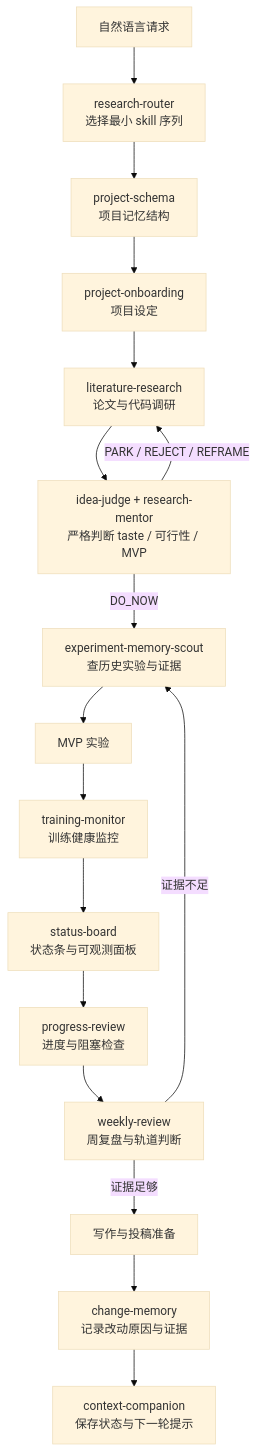
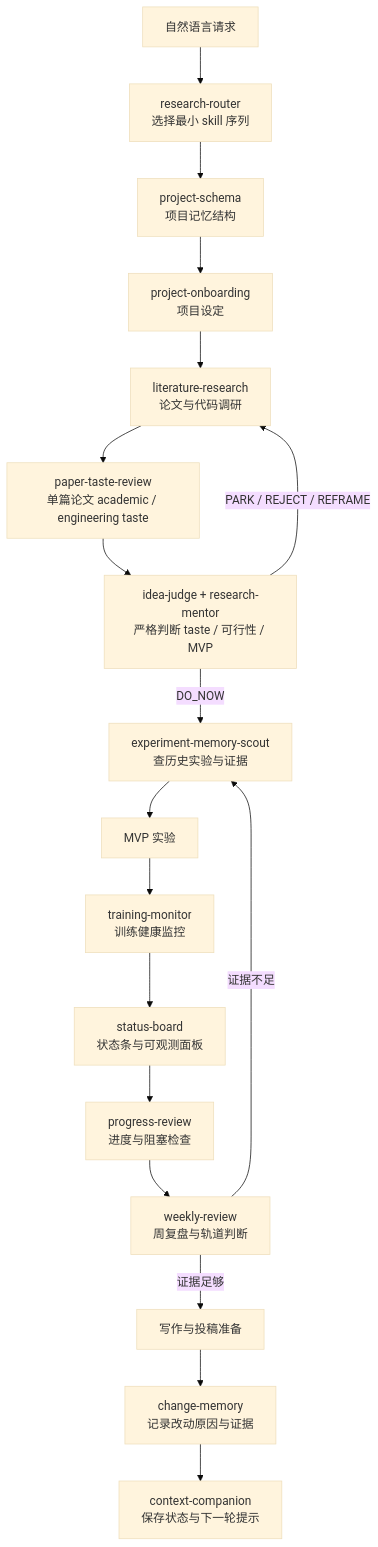
One commit to zengleilei123/ai-research-companion-codex-plugin changed the first of 2 diagrams in README.md. Above: the diagram before and after it, drawn with Mermaid (base theme). The commit also changed other lines of this file and 10 other files, not shown here.

Commit message:
feat: add paper taste review skill

````diff
--- a/README.md
+++ b/README.md
@@ -28,19 +29,20 @@
 ```mermaid
 flowchart TD
     A["自然语言请求"] --> R["research-router<br/>选择最小 skill 序列"]
     R --> S["project-schema<br/>项目记忆结构"]
     S --> B["project-onboarding<br/>项目设定"]
     B --> C["literature-research<br/>论文与代码调研"]
-    C --> D["idea-judge + research-mentor<br/>严格判断 taste / 可行性 / MVP"]
+    C --> P["paper-taste-review<br/>单篇论文 academic / engineering taste"]
+    P --> D["idea-judge + research-mentor<br/>严格判断 taste / 可行性 / MVP"]
     D -->|"DO_NOW"| E["experiment-memory-scout<br/>查历史实验与证据"]
     D -->|"PARK / REJECT / REFRAME"| C
     E --> F["MVP 实验"]
     F --> G["training-monitor<br/>训练健康监控"]
     G --> O["status-board<br/>状态条与可观测面板"]
     O --> H["progress-review<br/>进度与阻塞检查"]
     H --> I["weekly-review<br/>周复盘与轨道判断"]
     I -->|"证据足够"| J["写作与投稿准备"]
     I -->|"证据不足"| E
     J --> K["change-memory<br/>记录改动原因与证据"]
     K --> L["context-companion<br/>保存状态与下一轮提示"]
 ```
````
